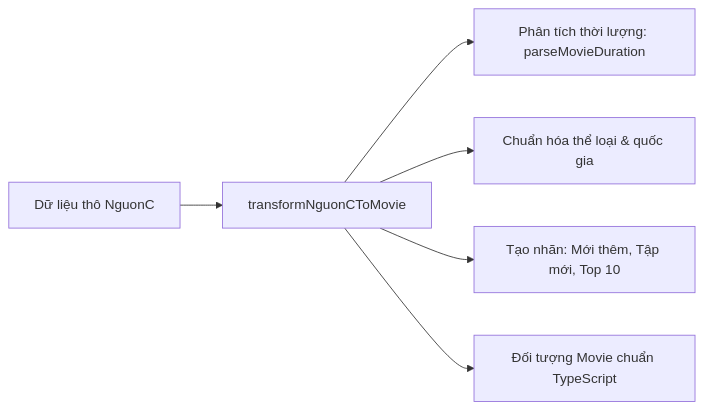
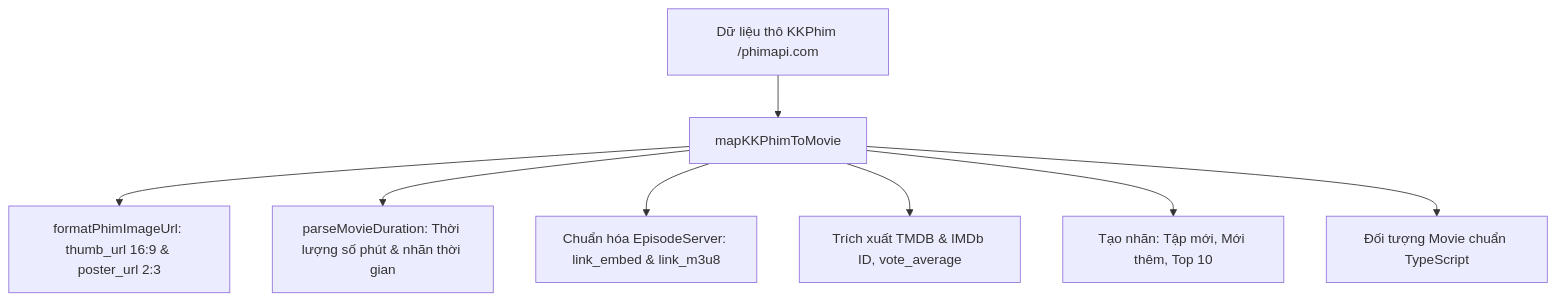
Before and after one commit to lichbich/lixfnet: the first of 2 diagrams in Lixfnet/02.1 - API NguonC (Danh Sach, Chi Tiet & Tap Phim).md, drawn with Mermaid. The commit also changed other lines of this file and 18 other files, not shown here.

````diff
--- a/Lixfnet/02.1 - API NguonC (Danh Sach, Chi Tiet & Tap Phim).md
+++ b/Lixfnet/02.1 - API NguonC (Danh Sach, Chi Tiet & Tap Phim).md
@@ -60,8 +73,10 @@
 ```mermaid
-flowchart LR
-    Raw[Dữ liệu thô NguonC] --> Transform[transformNguonCToMovie]
-    Transform --> CleanDuration[Phân tích thời lượng: parseMovieDuration]
-    Transform --> CleanGenres[Chuẩn hóa thể loại & quốc gia]
-    Transform --> BuildBadges[Tạo nhãn: Mới thêm, Tập mới, Top 10]
-    Transform --> Output[Đối tượng Movie chuẩn TypeScript]
+flowchart TD
+    Raw[Dữ liệu thô KKPhim /phimapi.com] --> Map[mapKKPhimToMovie]
+    Map --> Img[formatPhimImageUrl: thumb_url 16:9 & poster_url 2:3]
+    Map --> Dur[parseMovieDuration: Thời lượng số phút & nhãn thời gian]
+    Map --> Srv[Chuẩn hóa EpisodeServer: link_embed & link_m3u8]
+    Map --> Tmdb[Trích xuất TMDB & IMDb ID, vote_average]
+    Map --> Badges[Tạo nhãn: Tập mới, Mới thêm, Top 10]
+    Map --> Output[Đối tượng Movie chuẩn TypeScript]
 ```
````
